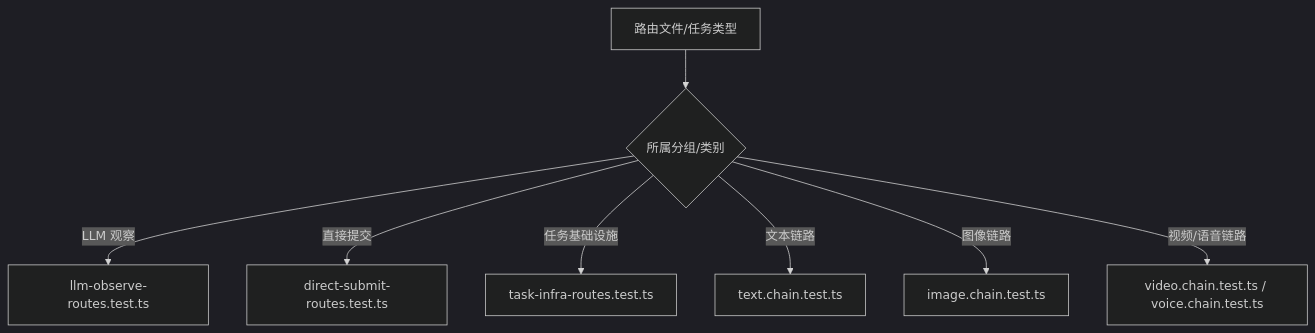
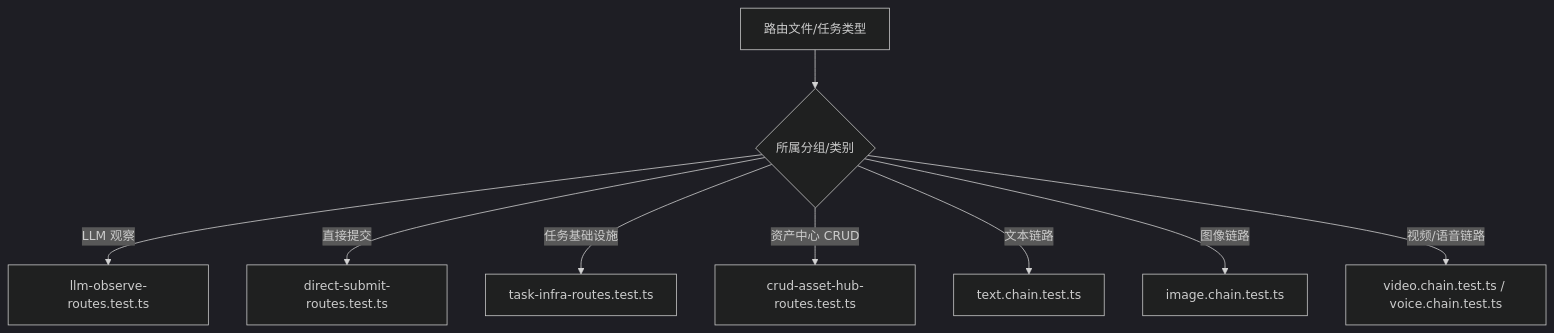
Before and after one commit to lyl2021/waoowaoo: the third of 6 diagrams in .qoder/repowiki/zh/content/测试策略/测试策略.md, drawn with Mermaid (dark theme). The commit also changed other lines of this file and 43 other files, not shown here.

````diff
--- a/.qoder/repowiki/zh/content/测试策略/测试策略.md
+++ b/.qoder/repowiki/zh/content/测试策略/测试策略.md
@@ -205,10 +231,11 @@
 ```mermaid
 flowchart TD
 A["路由文件/任务类型"] --> B{"所属分组/类别"}
 B --> |LLM 观察| C["llm-observe-routes.test.ts"]
 B --> |直接提交| D["direct-submit-routes.test.ts"]
 B --> |任务基础设施| E["task-infra-routes.test.ts"]
-B --> |文本链路| F["text.chain.test.ts"]
-B --> |图像链路| G["image.chain.test.ts"]
-B --> |视频/语音链路| H["video.chain.test.ts / voice.chain.test.ts"]
+B --> |资产中心 CRUD| F["crud-asset-hub-routes.test.ts"]
+B --> |文本链路| G["text.chain.test.ts"]
+B --> |图像链路| H["image.chain.test.ts"]
+B --> |视频/语音链路| I["video.chain.test.ts / voice.chain.test.ts"]
 ```
````
